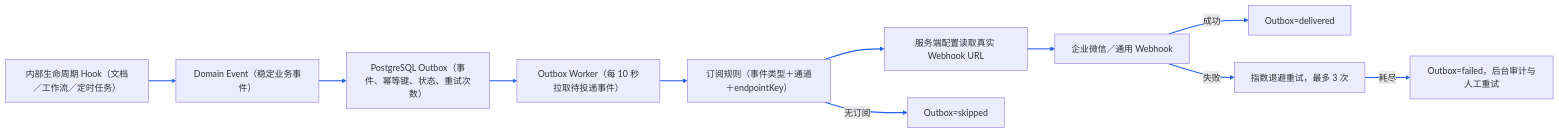
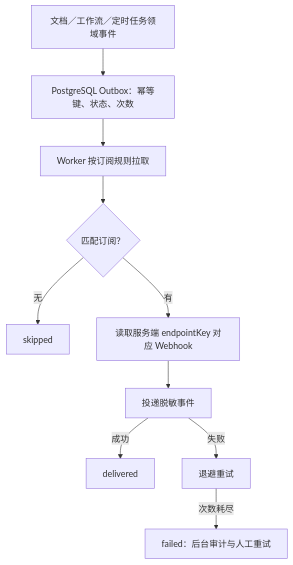
Diagram 14 of 15 in docs/interview/功能步骤流程.md (monstereatai/RAG), drawn with Mermaid before and after one commit. The commit also changed other lines of this file and 217 other files, not shown here.

````diff
--- a/docs/interview/功能步骤流程.md
+++ b/docs/interview/功能步骤流程.md
@@ -1218,14 +493,12 @@
 ```mermaid
-flowchart LR
-  A[内部生命周期 Hook（文档／工作流／定时任务）] --> B[Domain Event（稳定业务事件）]
-  B --> C[PostgreSQL Outbox（事件、幂等键、状态、重试次数）]
-  C --> D[Outbox Worker（每 10 秒拉取待投递事件）]
-  D --> E[订阅规则（事件类型＋通道＋endpointKey）]
-  E --> F[服务端配置读取真实 Webhook URL]
-  F --> G[企业微信／通用 Webhook]
-  G -->|成功| H[Outbox=delivered]
-  G -->|失败| I[指数退避重试，最多 3 次]
-  I -->|耗尽| J[Outbox=failed，后台审计与人工重试]
-  E -->|无订阅| K[Outbox=skipped]
-  linkStyle 0,1,2,3,4,5,6,7,8,9 stroke:#2563eb,stroke-width:2px
+flowchart TB
+  A[文档／工作流／定时任务领域事件] --> B[PostgreSQL Outbox：幂等键、状态、次数]
+  B --> C[Worker 按订阅规则拉取]
+  C --> D{匹配订阅？}
+  D -->|无| S[skipped]
+  D -->|有| E[读取服务端 endpointKey 对应 Webhook]
+  E --> F[投递脱敏事件]
+  F -->|成功| G[delivered]
+  F -->|失败| H[退避重试]
+  H -->|次数耗尽| I[failed：后台审计与人工重试]
 ```
````
